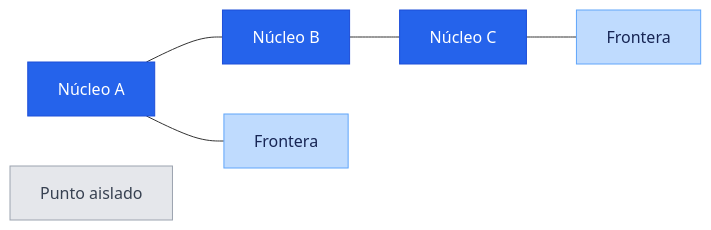
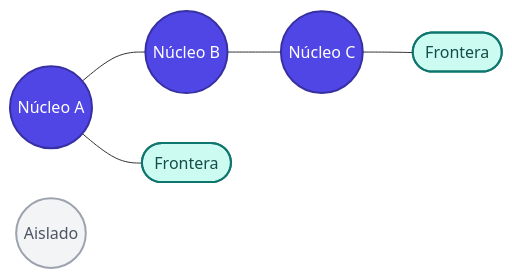
Before and after one commit to Bootcamp-IA-MAD-P7/Tarea5-Modulo2-Miguel: the sixth of 10 diagrams in README.md, drawn with Mermaid. The commit also changed other lines of this file and 1 other file, not shown here.

Commit message:
docs: modernizar diagramas y retirar portada

````diff
--- a/README.md
+++ b/README.md
@@ -313,13 +339,13 @@
 ```mermaid
 flowchart LR
-    N1["Núcleo A"] --- N2["Núcleo B"] --- N3["Núcleo C"]
-    N1 --- F1["Frontera"]
-    N3 --- F2["Frontera"]
-    O["Punto aislado"]
-    classDef core fill:#2563EB,color:#fff,stroke:#1D4ED8;
-    classDef border fill:#BFDBFE,color:#172554,stroke:#60A5FA;
-    classDef noise fill:#E5E7EB,color:#374151,stroke:#9CA3AF;
+    N1(("Núcleo A")) --- N2(("Núcleo B")) --- N3(("Núcleo C"))
+    N1 --- F1(["Frontera"])
+    N3 --- F2(["Frontera"])
+    O(("Aislado"))
+    classDef core fill:#4F46E5,color:#FFFFFF,stroke:#3730A3,stroke-width:2px;
+    classDef border fill:#CCFBF1,color:#134E4A,stroke:#0F766E,stroke-width:2px;
+    classDef noise fill:#F3F4F6,color:#4B5563,stroke:#9CA3AF,stroke-width:2px;
     class N1,N2,N3 core;
     class F1,F2 border;
     class O noise;
 ```
````
